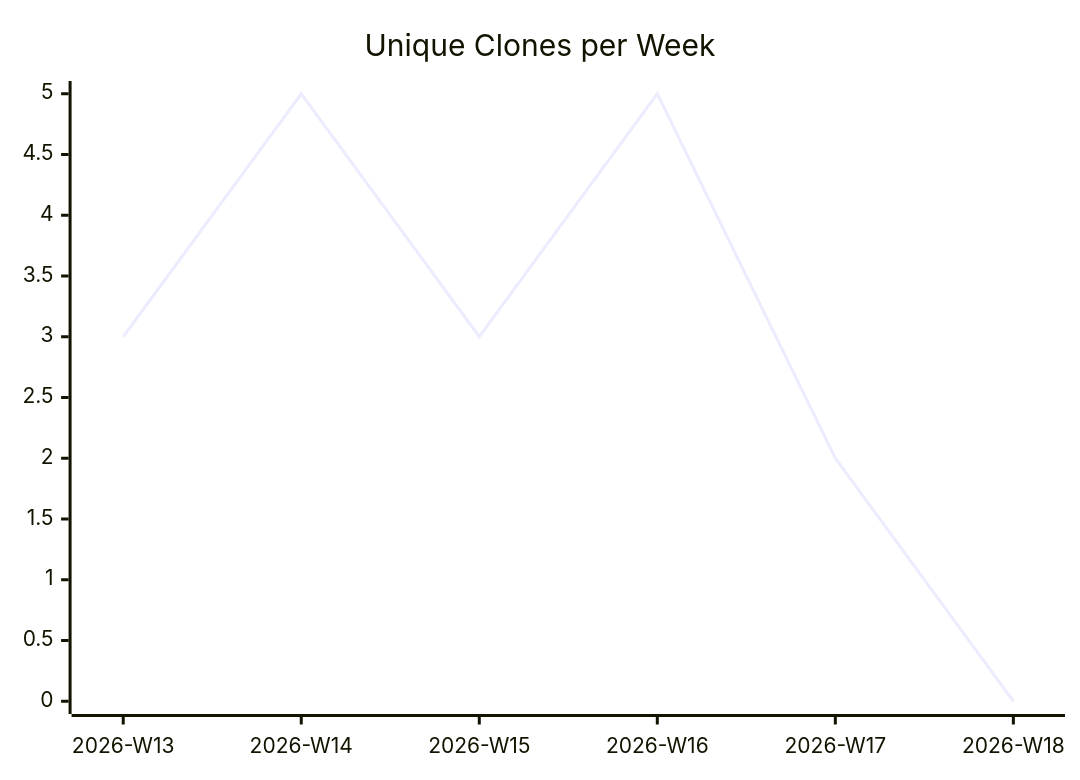
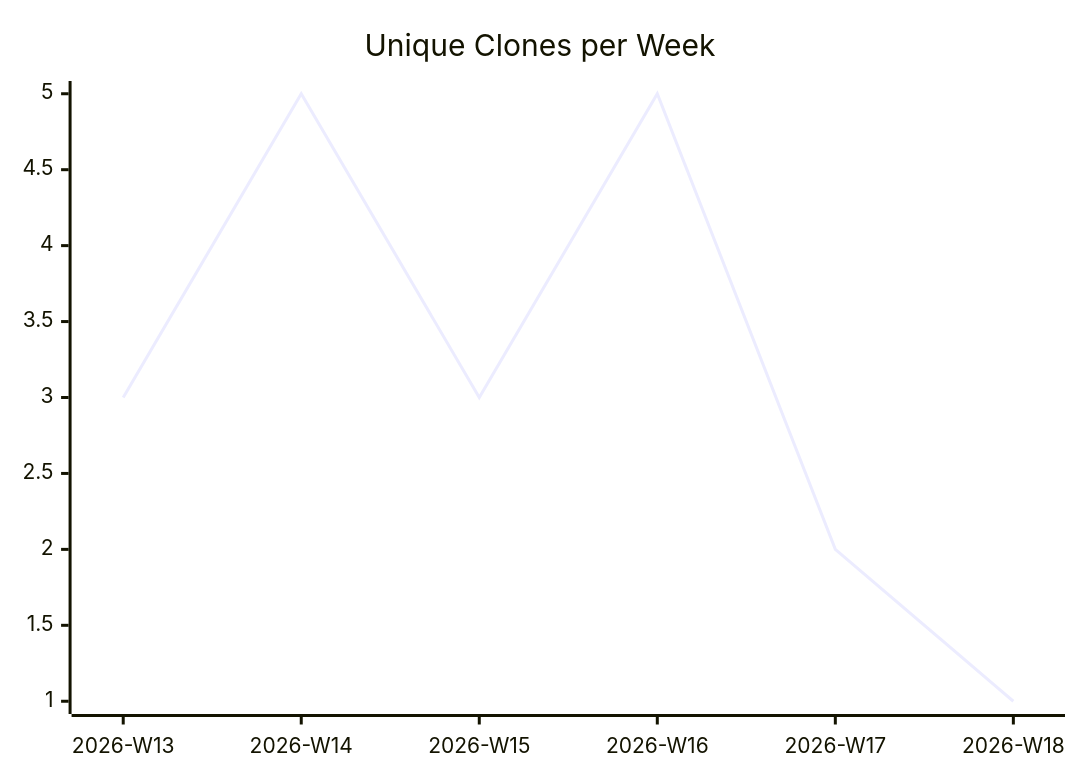
The third of 3 diagrams in karlmdavis/ansible-role-bind-dns/README.md (justdavis-family/github-analytics-data), drawn with Mermaid before and after one commit. The commit also changed other lines of this file and 184 other files, not shown here.

````diff
--- a/karlmdavis/ansible-role-bind-dns/README.md
+++ b/karlmdavis/ansible-role-bind-dns/README.md
@@ -19,6 +19,6 @@
 ```mermaid
 xychart-beta
   title "Unique Clones per Week"
   x-axis ["2026-W13", "2026-W14", "2026-W15", "2026-W16", "2026-W17", "2026-W18"]
-  line [3, 5, 3, 5, 2, 0]
+  line [3, 5, 3, 5, 2, 1]
 ```
````
